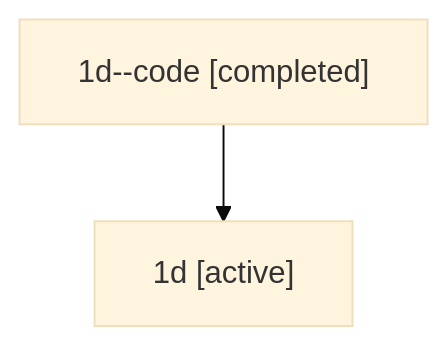
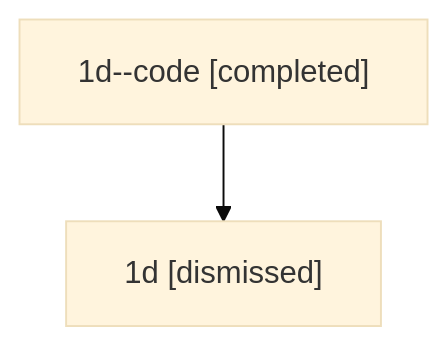
Before and after one commit to sase-org/sase--agents: the diagram in sessions/bbugyi200.athena.1d.md, drawn with Mermaid (base theme). The commit also changed other lines of this file and 18 other files, not shown here.

````diff
--- a/sessions/bbugyi200.athena.1d.md
+++ b/sessions/bbugyi200.athena.1d.md
@@ -9,6 +9,6 @@
 ```mermaid
 flowchart TD
   n0["1d--code [completed]"]
-  n1["1d [active]"]
+  n1["1d [dismissed]"]
   n0 --> n1
 ```
````
